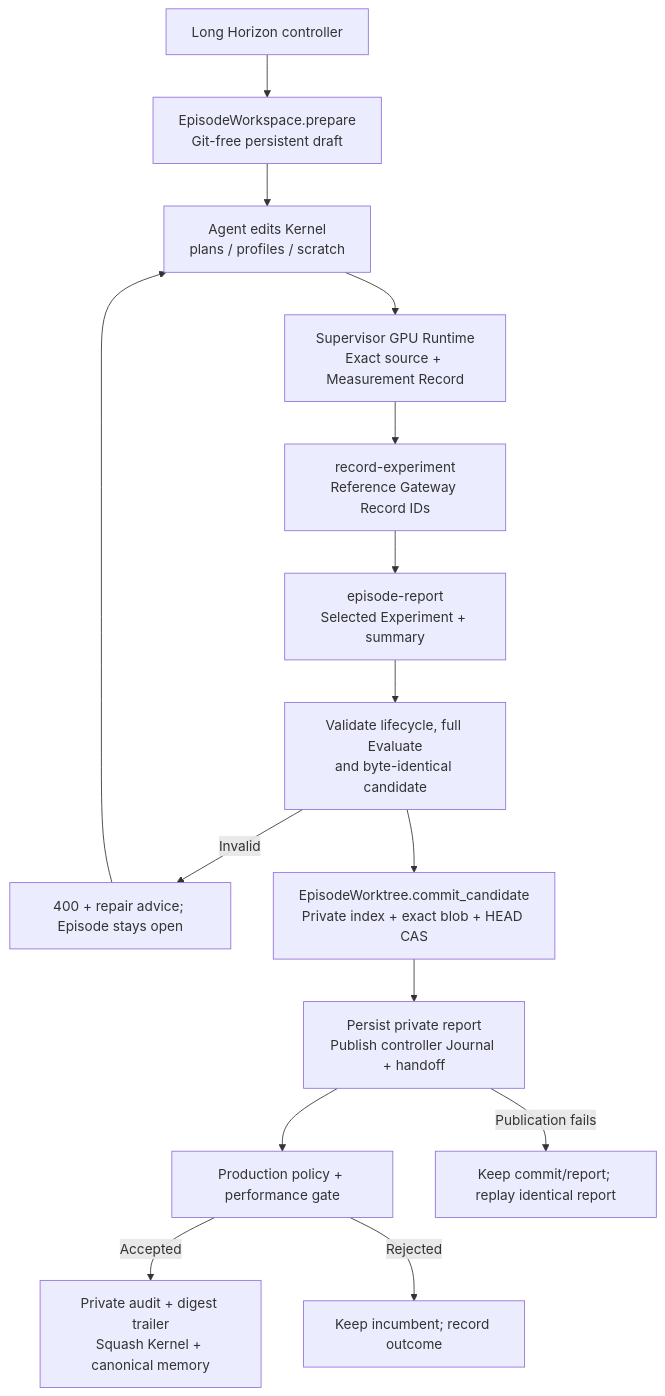
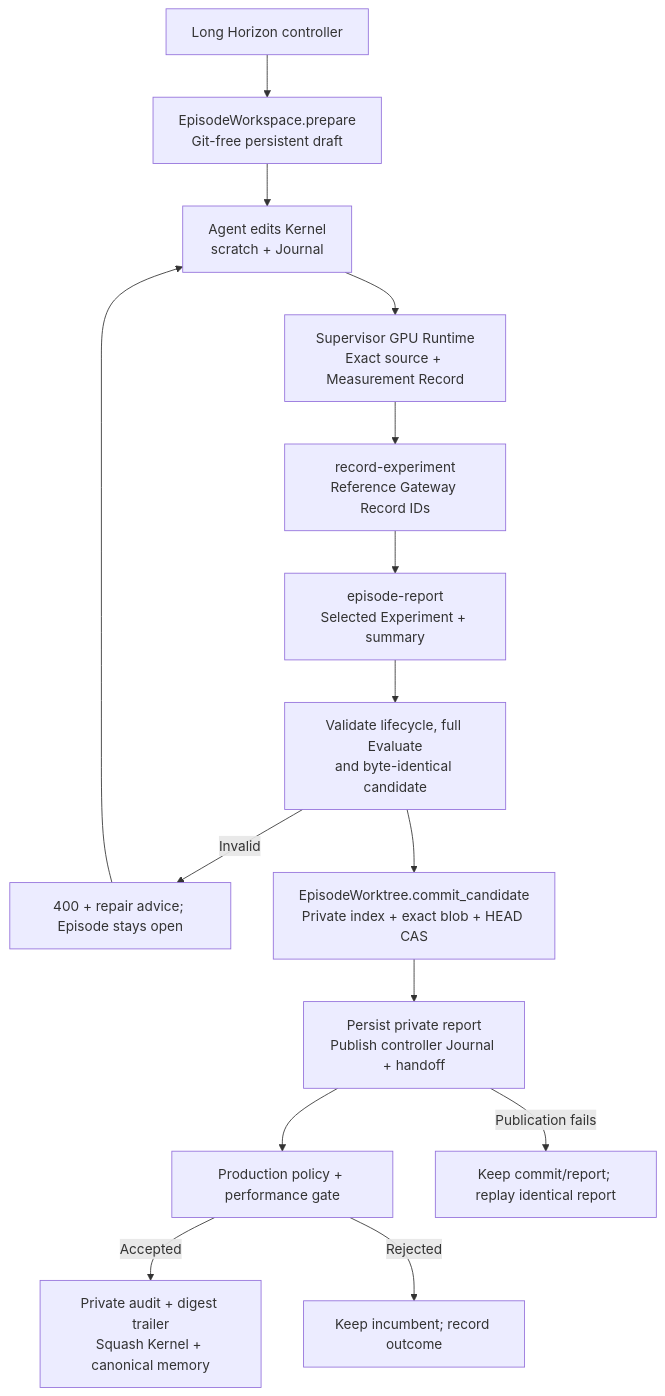
One commit to alibaba/atrex-kernel-agent changed the diagram in docs/supervisor-promotion.md. Above: the diagram before and after it, drawn with Mermaid. The commit also changed other lines of this file and 54 other files, not shown here.

````diff
--- a/docs/supervisor-promotion.md
+++ b/docs/supervisor-promotion.md
@@ -17,17 +17,17 @@
 ```mermaid
 flowchart TD
     C["Long Horizon controller"] --> W["EpisodeWorkspace.prepare<br/>Git-free persistent draft"]
-    W --> A["Agent edits Kernel<br/>plans / profiles / scratch"]
+    W --> A["Agent edits Kernel<br/>scratch + Journal"]
     A --> G["Supervisor GPU Runtime<br/>Exact source + Measurement Record"]
     G --> E["record-experiment<br/>Reference Gateway Record IDs"]
     E --> R["episode-report<br/>Selected Experiment + summary"]
     R --> V["Validate lifecycle, full Evaluate<br/>and byte-identical candidate"]
     V -->|Invalid| FIX["400 + repair advice; Episode stays open"]
     FIX --> A
     V --> COMMIT["EpisodeWorktree.commit_candidate<br/>Private index + exact blob + HEAD CAS"]
     COMMIT --> J["Persist private report<br/>Publish controller Journal + handoff"]
     J --> P["Production policy + performance gate"]
     P -->|Accepted| PROMOTE["Private audit + digest trailer<br/>Squash Kernel + canonical memory"]
     P -->|Rejected| KEEP["Keep incumbent; record outcome"]
     J -->|Publication fails| REPLAY["Keep commit/report; replay identical report"]
 ```
````
